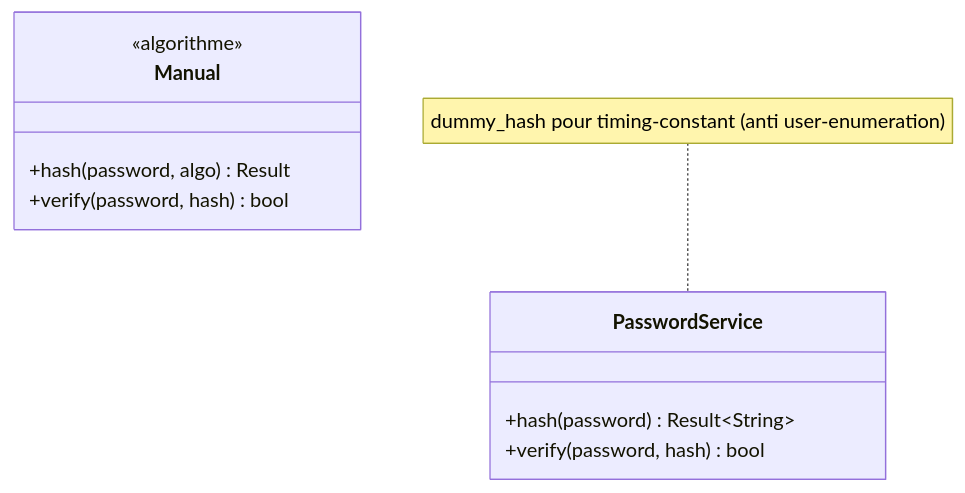
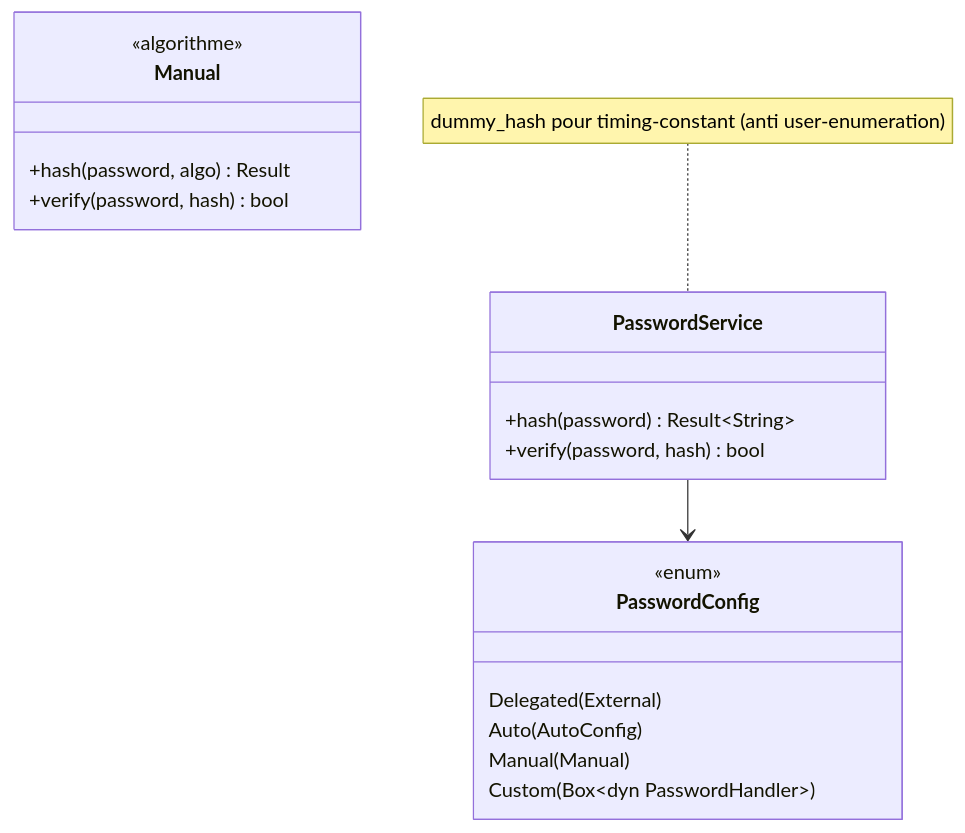
Before and after one commit to seb-alliot/runique: the fourth of 5 diagrams in diagramme/uml/transverse/utilitaires.md, drawn with Mermaid. The commit also changed other lines of this file and 57 other files, not shown here.

Commit message:
fix few bug && diagramme

````diff
--- a/diagramme/uml/transverse/utilitaires.md
+++ b/diagramme/uml/transverse/utilitaires.md
@@ -96,13 +109,21 @@
 ```mermaid
 classDiagram
     class PasswordService {
         +hash(password) Result~String~
         +verify(password, hash) bool
     }
     class Manual {
         <<algorithme>>
         +hash(password, algo) Result
         +verify(password, hash) bool
     }
+    class PasswordConfig {
+        <<enum>>
+        Delegated(External)
+        Auto(AutoConfig)
+        Manual(Manual)
+        Custom(Box~dyn PasswordHandler~)
+    }
+    PasswordService --> PasswordConfig
     note for PasswordService "dummy_hash pour timing-constant (anti user-enumeration)"
 ```
````
